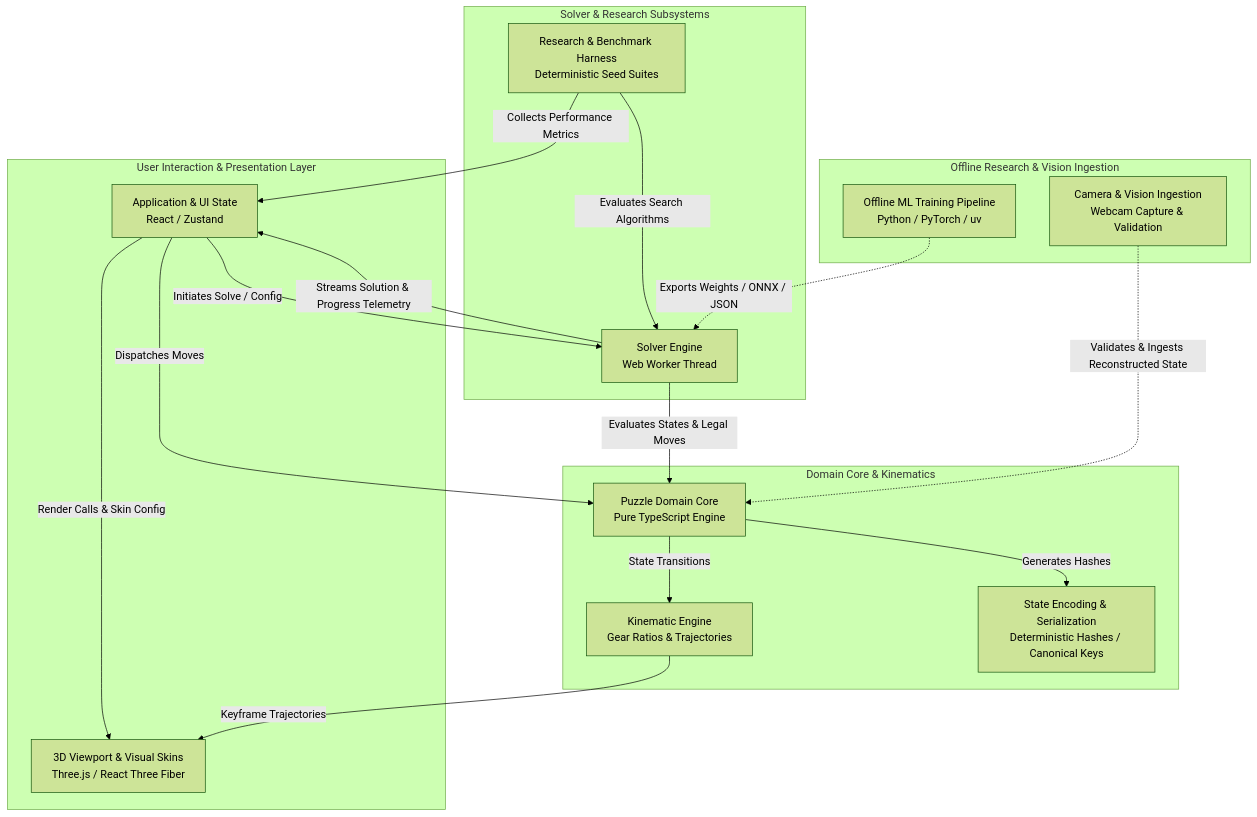
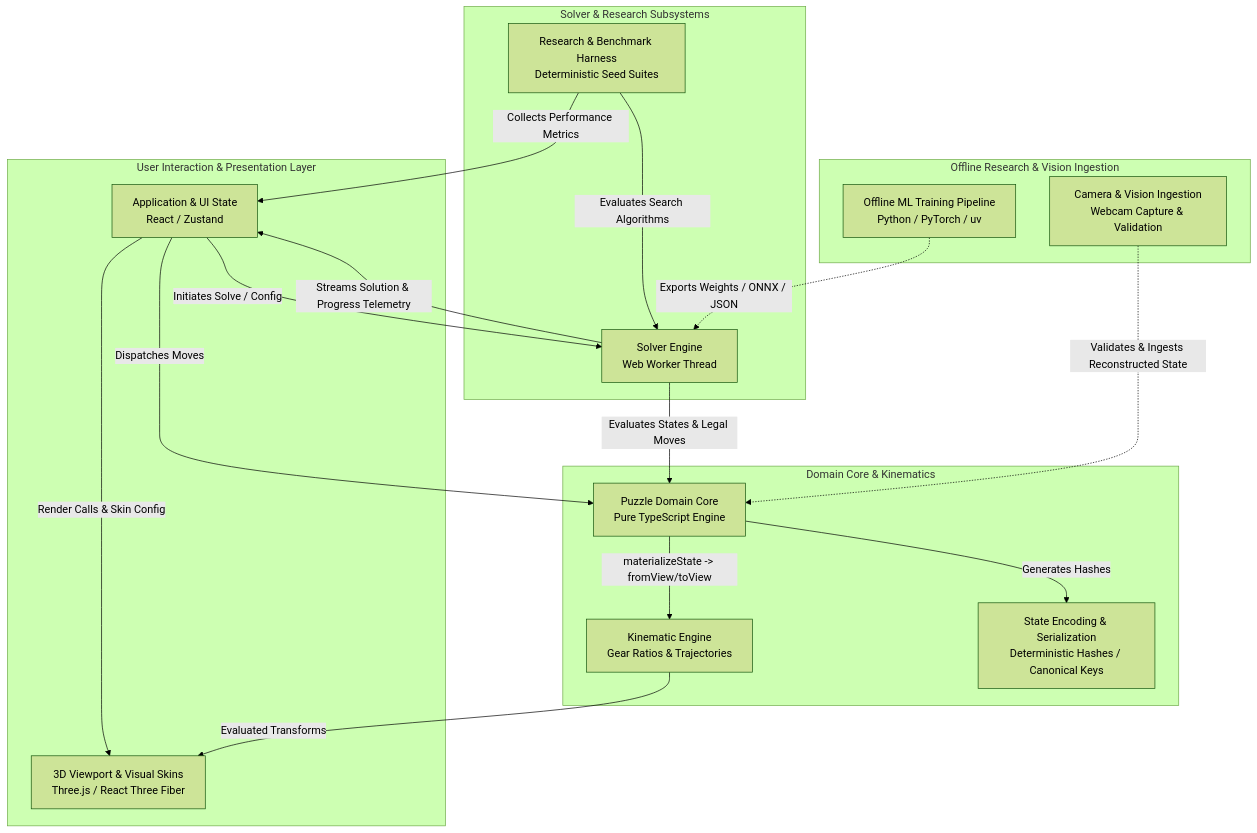
One commit to YI-TING-EE13/GearCube-Lab changed the diagram in docs/architecture/SYSTEM_ARCHITECTURE.md. Above: the diagram before and after it, drawn with Mermaid (forest theme). The commit also changed other lines of this file and 6 other files, not shown here.

Commit message:
Adopt view-based kinematics architecture

````diff
--- a/docs/architecture/SYSTEM_ARCHITECTURE.md
+++ b/docs/architecture/SYSTEM_ARCHITECTURE.md
@@ -28,40 +28,40 @@
 ```mermaid
 graph TD
     subgraph UserSpace [User Interaction & Presentation Layer]
         UI[Application & UI State<br/>React / Zustand]
         Renderer[3D Viewport & Visual Skins<br/>Three.js / React Three Fiber]
     end
 
     subgraph CoreSpace [Domain Core & Kinematics]
         Core[Puzzle Domain Core<br/>Pure TypeScript Engine]
         Kinematics[Kinematic Engine<br/>Gear Ratios & Trajectories]
         Encoding[State Encoding & Serialization<br/>Deterministic Hashes / Canonical Keys]
     end
 
     subgraph ComputeSpace [Solver & Research Subsystems]
         SolverWorker[Solver Engine<br/>Web Worker Thread]
         Benchmark[Research & Benchmark Harness<br/>Deterministic Seed Suites]
     end
 
     subgraph FutureSubsystems [Offline Research & Vision Ingestion]
         MLTraining[Offline ML Training Pipeline<br/>Python / PyTorch / uv]
         VisionPipeline[Camera & Vision Ingestion<br/>Webcam Capture & Validation]
     end
 
     %% Interactions
     UI -->|Render Calls & Skin Config| Renderer
     UI -->|Dispatches Moves| Core
-    Core -->|State Transitions| Kinematics
+    Core -->|materializeState -> fromView/toView| Kinematics
     Core -->|Generates Hashes| Encoding
-    Kinematics -->|Keyframe Trajectories| Renderer
+    Kinematics -->|Evaluated Transforms| Renderer
 
     UI -->|Initiates Solve / Config| SolverWorker
     SolverWorker -->|Evaluates States & Legal Moves| Core
     SolverWorker -->|Streams Solution & Progress Telemetry| UI
 
     Benchmark -->|Evaluates Search Algorithms| SolverWorker
     Benchmark -->|Collects Performance Metrics| UI
 
     MLTraining -.->|Exports Weights / ONNX / JSON| SolverWorker
     VisionPipeline -.->|Validates & Ingests Reconstructed State| Core
 ```
````
